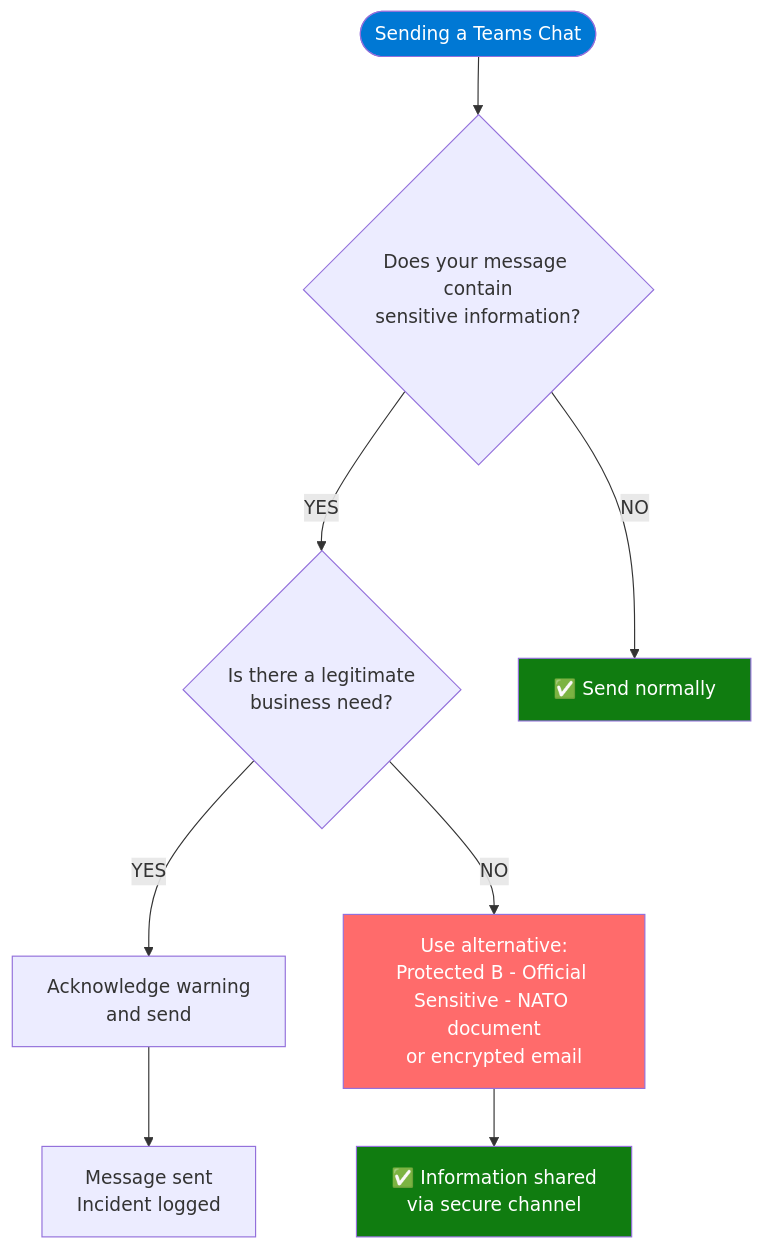
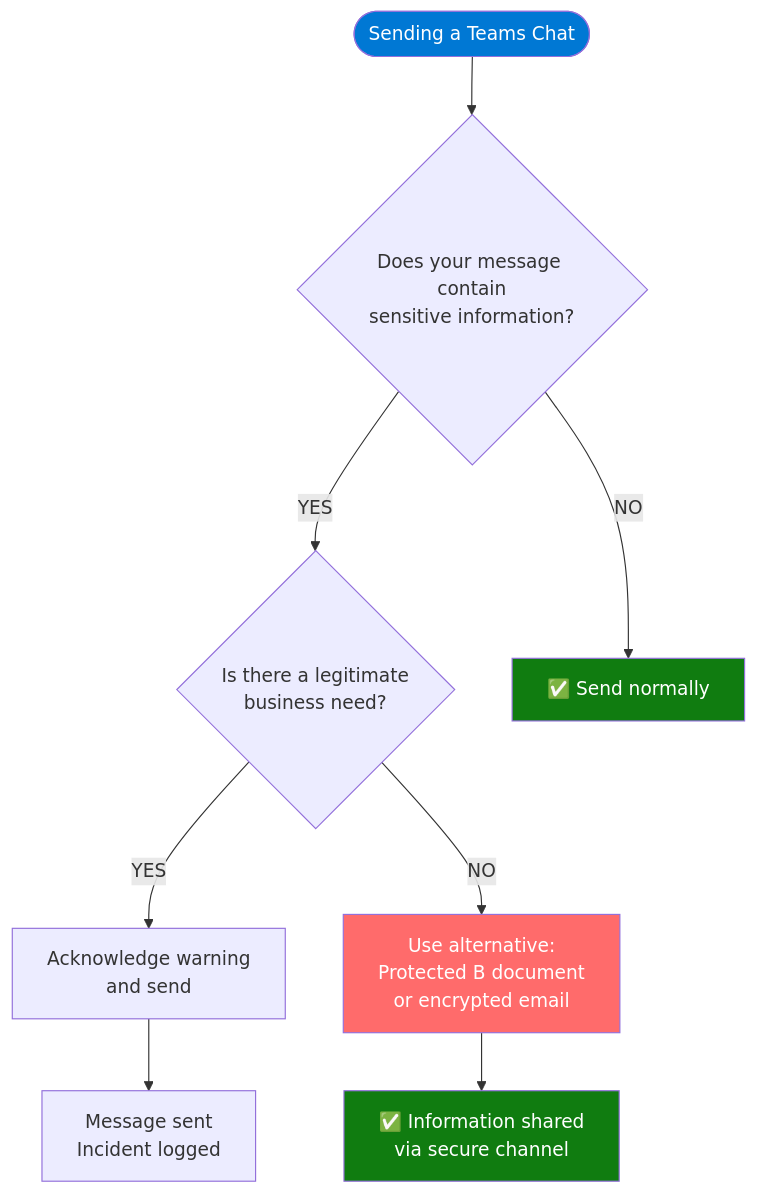
The fourth of 4 diagrams in docs/Teams/latest/package/DECISION-TREE-VISUAL-GUIDE.md (Cloudstrucc/Public), drawn with Mermaid before and after one commit. The commit also changed other lines of this file, not shown here.

````diff
--- a/docs/Teams/latest/package/DECISION-TREE-VISUAL-GUIDE.md
+++ b/docs/Teams/latest/package/DECISION-TREE-VISUAL-GUIDE.md
@@ -371,18 +358,18 @@
 ```mermaid
 flowchart TD
     Start([Sending a Teams Chat]) --> Q1{Does your message contain<br/>sensitive information?}
     
     Q1 -->|YES| Q2{Is there a legitimate<br/>business need?}
     Q1 -->|NO| Send[✅ Send normally]
     
     Q2 -->|YES| Ack[Acknowledge warning<br/>and send]
-    Q2 -->|NO| Alt[Use alternative:<br/>Protected B - Official Sensitive - NATO document<br/>or encrypted email]
+    Q2 -->|NO| Alt[Use alternative:<br/>Protected B document<br/>or encrypted email]
     
     Ack --> Log[Message sent<br/>Incident logged]
     Alt --> Secure[✅ Information shared<br/>via secure channel]
     
     style Start fill:#0078d4,color:#fff
     style Send fill:#107c10,color:#fff
     style Alt fill:#ff6b6b,color:#fff
     style Secure fill:#107c10,color:#fff
 ```
````
